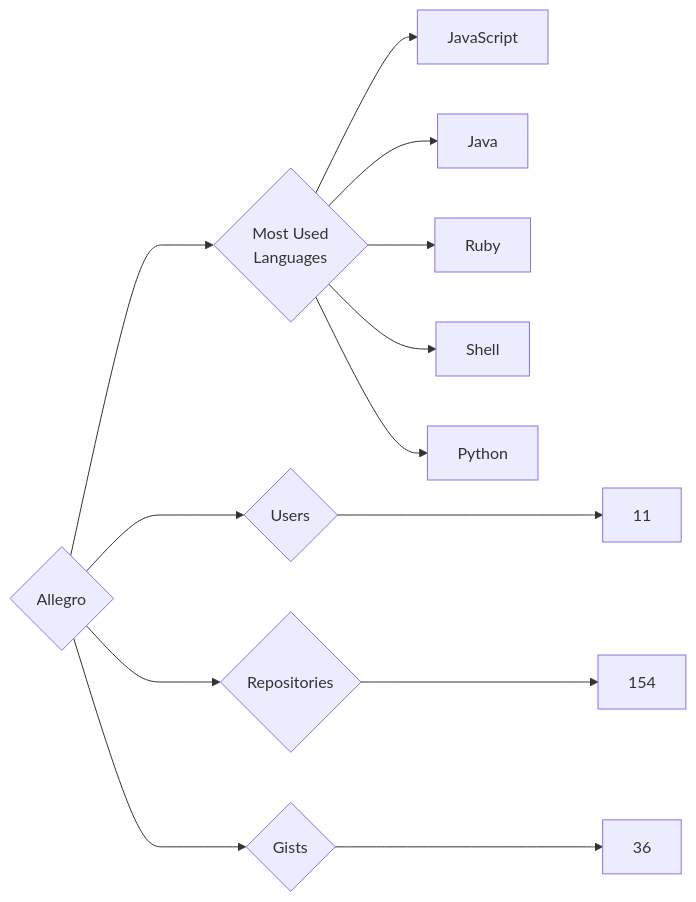
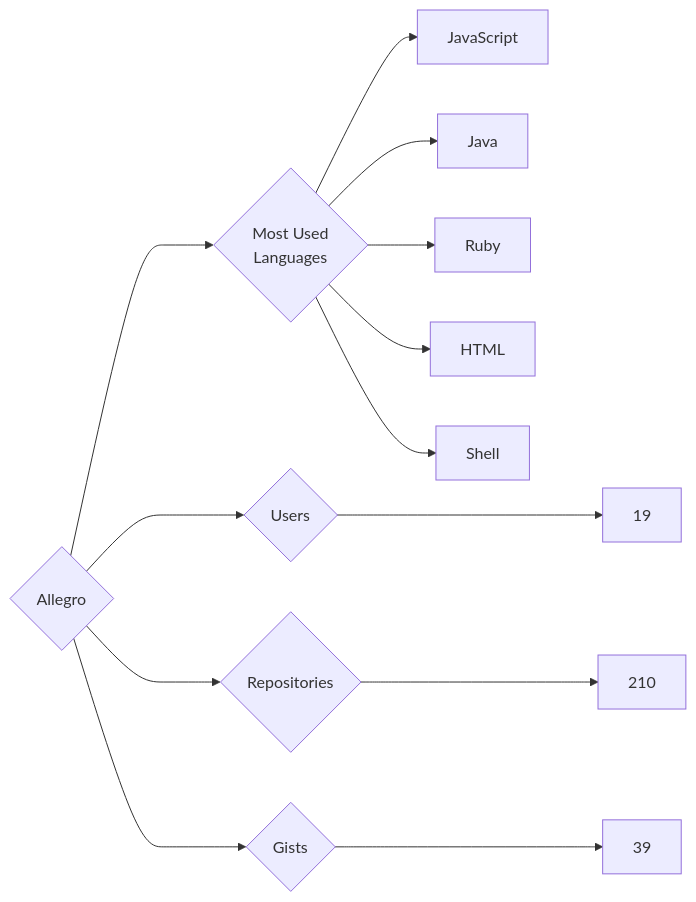
Before and after one commit to trickest/insiders: the diagram in targets/Allegro/README.md, drawn with Mermaid. The commit also changed 1238 other files, not shown here.

````diff
--- a/targets/Allegro/README.md
+++ b/targets/Allegro/README.md
@@ -3,13 +3,13 @@
 ```mermaid
 graph LR
 COMPANY_NAME{Allegro}
-COMPANY_NAME ---> U{Users} ---> UN[11]
-COMPANY_NAME ---> R{Repositories} ---> RN[154]
-COMPANY_NAME ---> G{Gists} ---> GN[36]
+COMPANY_NAME ---> U{Users} ---> UN[19]
+COMPANY_NAME ---> R{Repositories} ---> RN[210]
+COMPANY_NAME ---> G{Gists} ---> GN[39]
 COMPANY_NAME ---> ML{Most Used<br>Languages}
 ML --> JavaScript[JavaScript]
 ML --> Java[Java]
 ML --> Ruby[Ruby]
+ML --> HTML[HTML]
 ML --> Shell[Shell]
-ML --> Python[Python]
 ```
````
